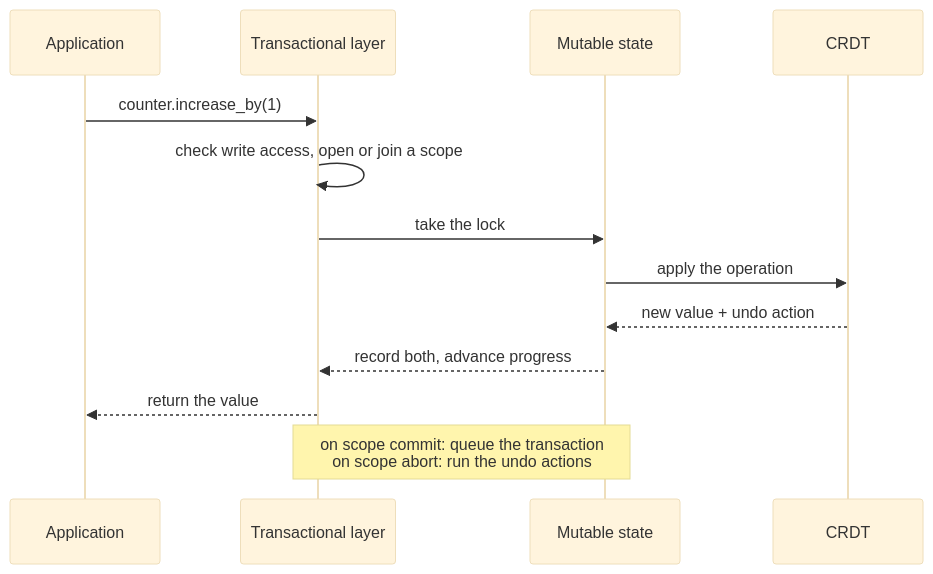
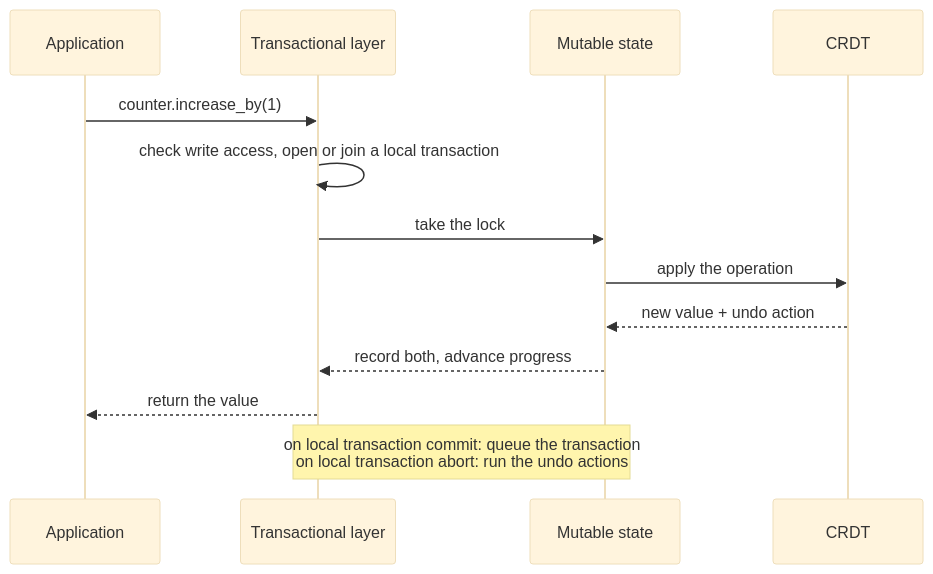
The second of 3 diagrams in docs/architecture.md (qortoo/qortoo-rs), drawn with Mermaid (base theme) before and after one commit. The commit also changed other lines of this file and 43 other files, not shown here.

````diff
--- a/docs/architecture.md
+++ b/docs/architecture.md
@@ -139,16 +181,16 @@
 ```mermaid
 sequenceDiagram
     participant App as Application
     participant TX as Transactional layer
     participant MUT as Mutable state
     participant CRDT as CRDT
 
     App->>TX: counter.increase_by(1)
-    TX->>TX: check write access, open or join a scope
+    TX->>TX: check write access, open or join a local transaction
     TX->>MUT: take the lock
     MUT->>CRDT: apply the operation
     CRDT-->>MUT: new value + undo action
     MUT-->>TX: record both, advance progress
     TX-->>App: return the value
-    Note over TX,MUT: on scope commit: queue the transaction<br/>on scope abort: run the undo actions
+    Note over TX,MUT: on local transaction commit: queue the transaction<br/>on local transaction abort: run the undo actions
 ```
````
